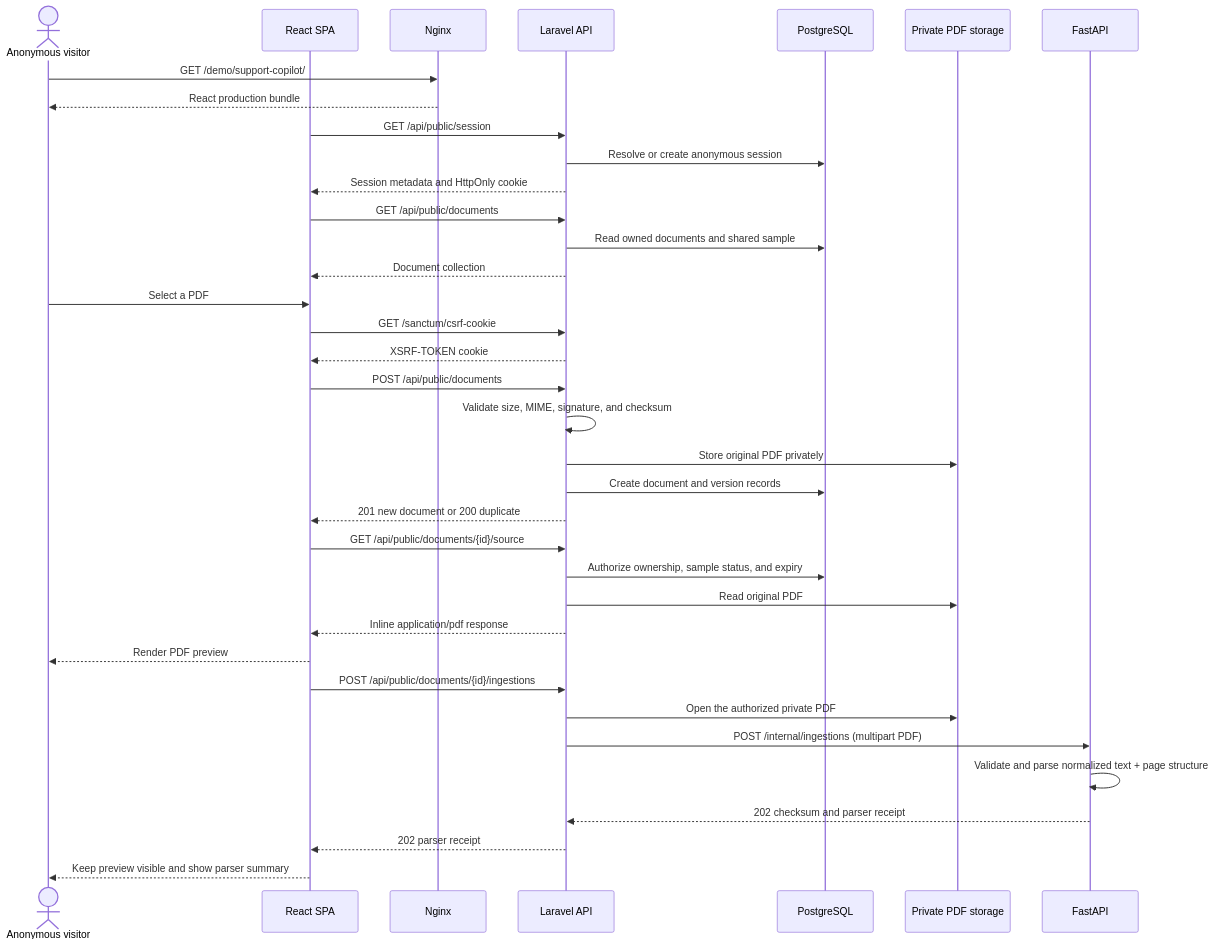
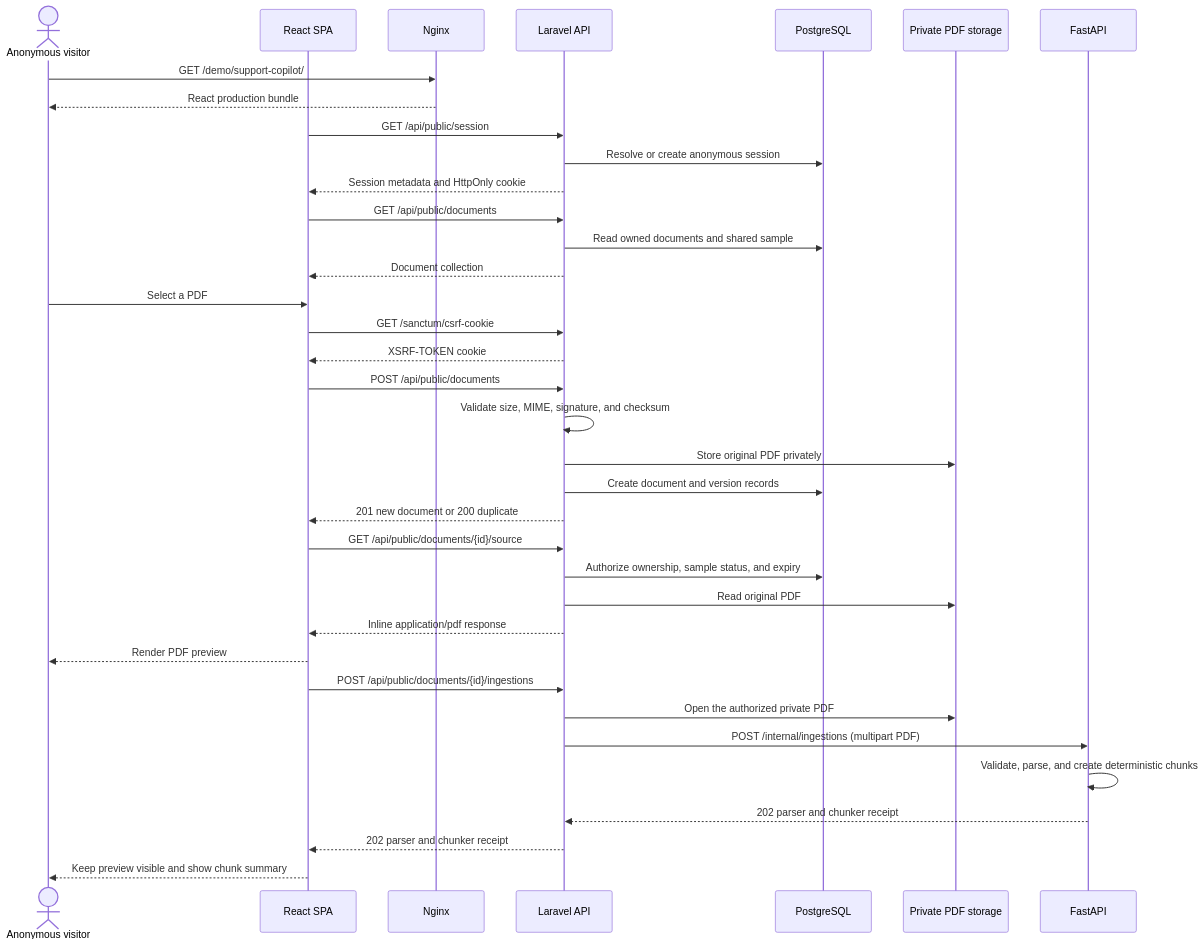
Before and after one commit to sangcnt/support-copilot: the first of 2 diagrams in SERVICES_AND_REQUEST_FLOW.md, drawn with Mermaid. The commit also changed other lines of this file and 1 other file, not shown here.

Commit message:
document deterministic PDF chunking

````diff
--- a/SERVICES_AND_REQUEST_FLOW.md
+++ b/SERVICES_AND_REQUEST_FLOW.md
@@ -232,39 +232,39 @@
 ```mermaid
 sequenceDiagram
     actor User as Anonymous visitor
     participant UI as React SPA
     participant Nginx
     participant API as Laravel API
     participant DB as PostgreSQL
     participant Files as Private PDF storage
     participant AI as FastAPI
 
     User->>Nginx: GET /demo/support-copilot/
     Nginx-->>User: React production bundle
     UI->>API: GET /api/public/session
     API->>DB: Resolve or create anonymous session
     API-->>UI: Session metadata and HttpOnly cookie
     UI->>API: GET /api/public/documents
     API->>DB: Read owned documents and shared sample
     API-->>UI: Document collection
     User->>UI: Select a PDF
     UI->>API: GET /sanctum/csrf-cookie
     API-->>UI: XSRF-TOKEN cookie
     UI->>API: POST /api/public/documents
     API->>API: Validate size, MIME, signature, and checksum
     API->>Files: Store original PDF privately
     API->>DB: Create document and version records
     API-->>UI: 201 new document or 200 duplicate
     UI->>API: GET /api/public/documents/{id}/source
     API->>DB: Authorize ownership, sample status, and expiry
     API->>Files: Read original PDF
     API-->>UI: Inline application/pdf response
     UI-->>User: Render PDF preview
     UI->>API: POST /api/public/documents/{id}/ingestions
     API->>Files: Open the authorized private PDF
     API->>AI: POST /internal/ingestions (multipart PDF)
-    AI->>AI: Validate and parse normalized text + page structure
-    AI-->>API: 202 checksum and parser receipt
-    API-->>UI: 202 parser receipt
-    UI-->>User: Keep preview visible and show parser summary
+    AI->>AI: Validate, parse, and create deterministic chunks
+    AI-->>API: 202 parser and chunker receipt
+    API-->>UI: 202 parser and chunker receipt
+    UI-->>User: Keep preview visible and show chunk summary
 ```
````
